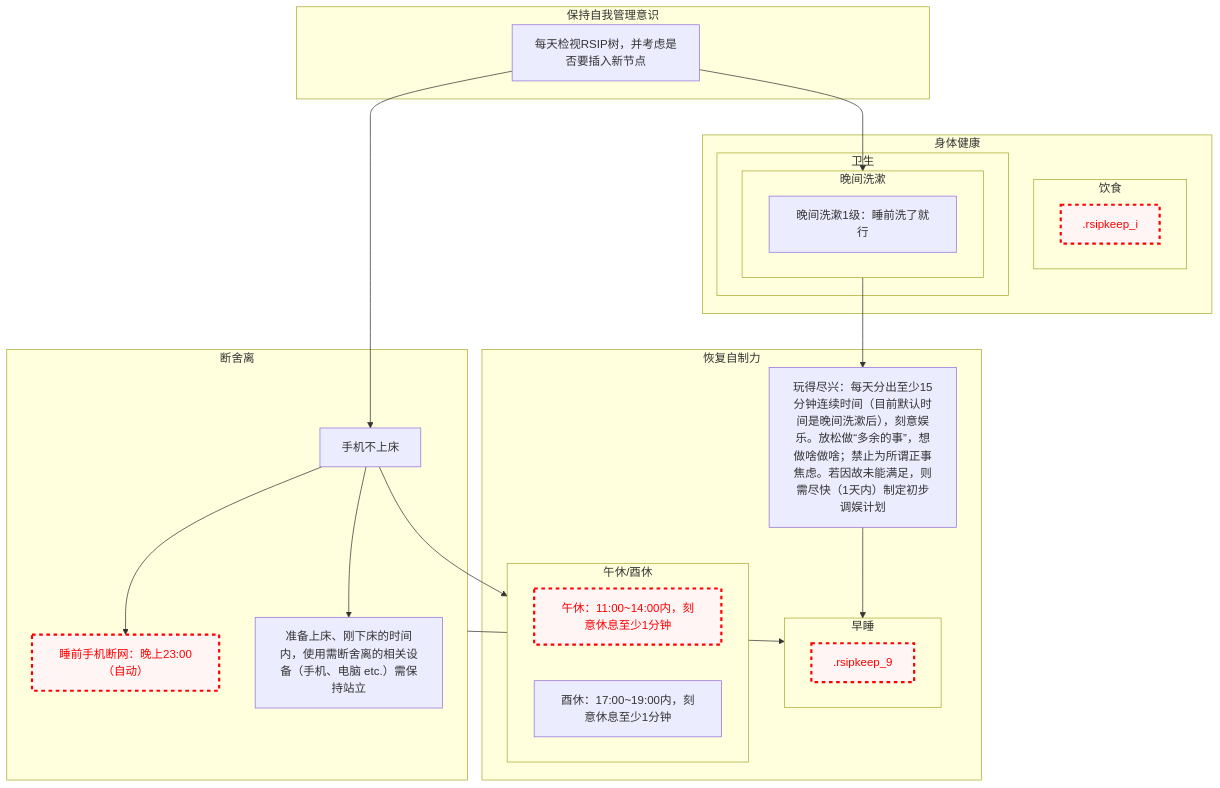
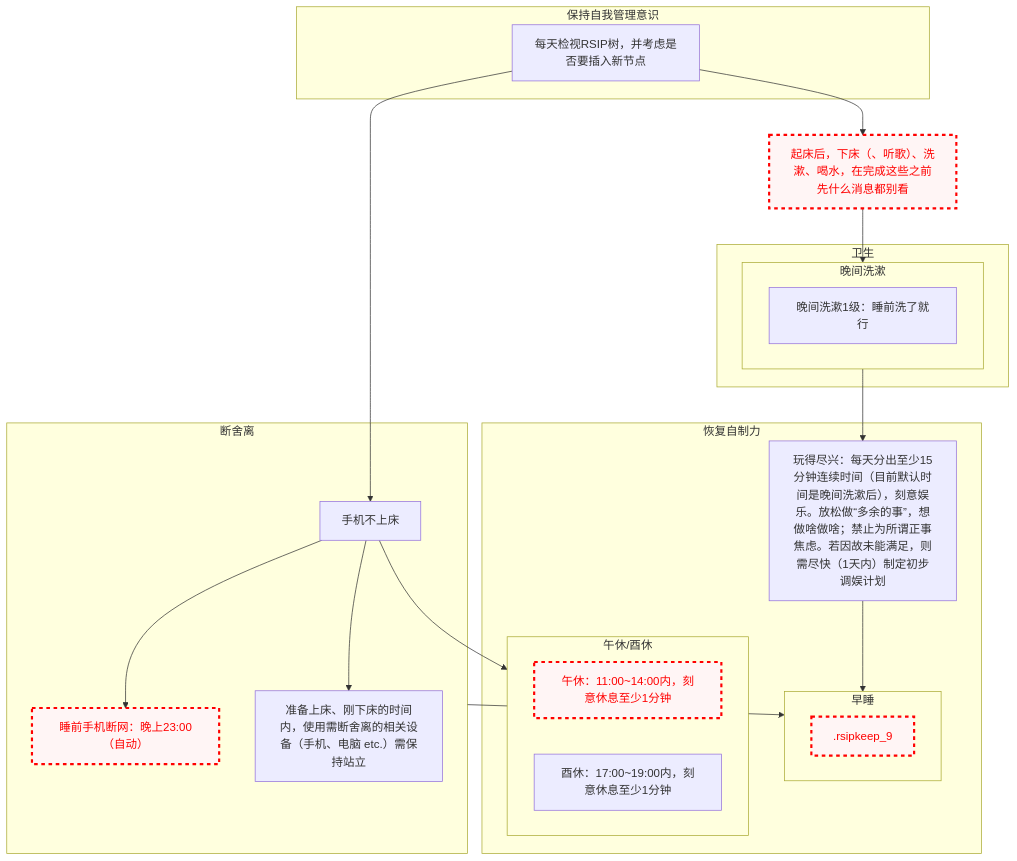
Before and after one commit to Ethkuil/RSIP-tree: the diagram in README.md, drawn with Mermaid.

Commit message:
insert m[起床后，下床（、听歌）、洗漱、喝水，在完成这些之前先什么消息都别看]

````diff
--- a/README.md
+++ b/README.md
@@ -9,47 +9,45 @@
 ```mermaid
 graph TD
 
 classDef failed stroke:#ff0000, stroke-width:3px, color:#ff0000, fill:#fff5f5, stroke-dasharray: 5
 
 subgraph 5[保持自我管理意识]
   0[每天检视RSIP树，并考虑是否要插入新节点]
 end
 0 --> 1
-0 --> 6
+0 --> m
 
 subgraph d[断舍离]
   1[手机不上床]
   1 --> e[睡前手机断网：晚上23:00（自动）]
   class e failed
   1 --> l[准备上床、刚下床的时间内，使用需断舍离的相关设备（手机、电脑 etc.）需保持站立]
 end
 
-subgraph g[身体健康]
-  subgraph h[卫生]
-    subgraph 6[晚间洗漱]
-      b[晚间洗漱1级：睡前洗了就行]
-    end
-  end
-  subgraph i[饮食]
-    .rsipkeep_i
-    class .rsipkeep_i failed
+m[起床后，下床（、听歌）、洗漱、喝水，在完成这些之前先什么消息都别看]
+m --> 6
+class m failed
+
+subgraph h[卫生]
+  subgraph 6[晚间洗漱]
+    b[晚间洗漱1级：睡前洗了就行]
   end
 end
 
 1 --> 2
 d --> 9
 6 --> 8
 subgraph f[恢复自制力]
   subgraph 2[午休/酉休]
     j[午休：11:00~14:00内，刻意休息至少1分钟]
     k[酉休：17:00~19:00内，刻意休息至少1分钟]
     class j failed
   end
   8[玩得尽兴：每天分出至少15分钟连续时间（目前默认时间是晚间洗漱后），刻意娱乐。放松做“多余的事”，想做啥做啥；禁止为所谓正事焦虑。若因故未能满足，则需尽快（1天内）制定初步调娱计划]
   8 --> 9
   subgraph 9[早睡]
     .rsipkeep_9
     class .rsipkeep_9 failed
   end
 end
 ```
````
